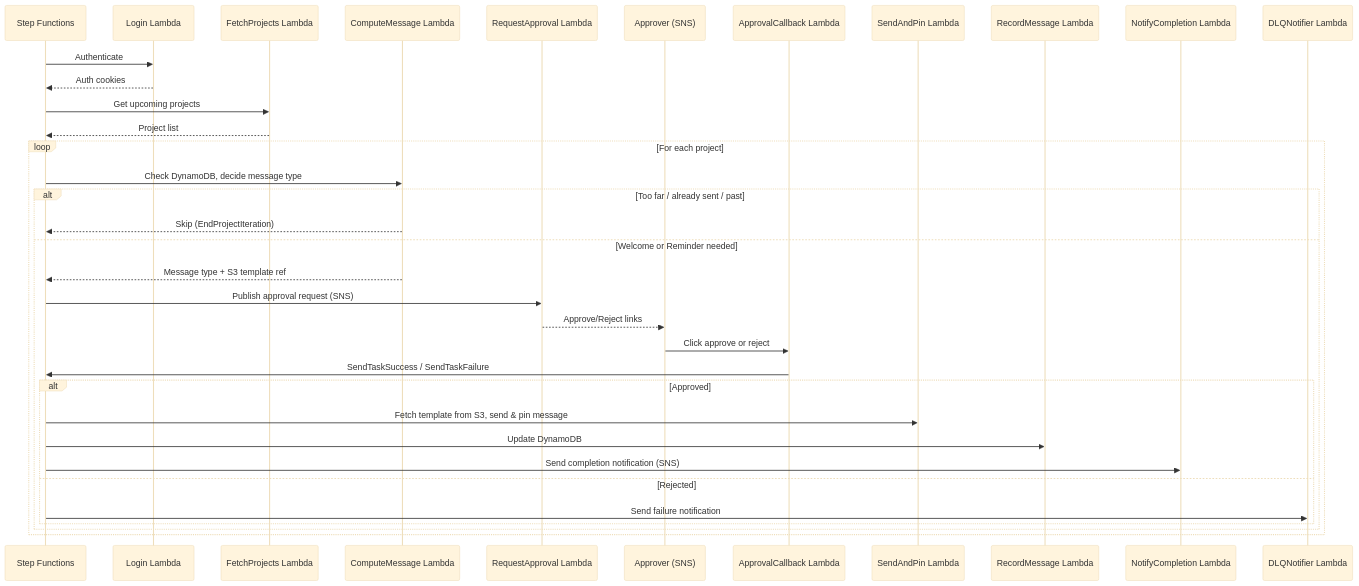
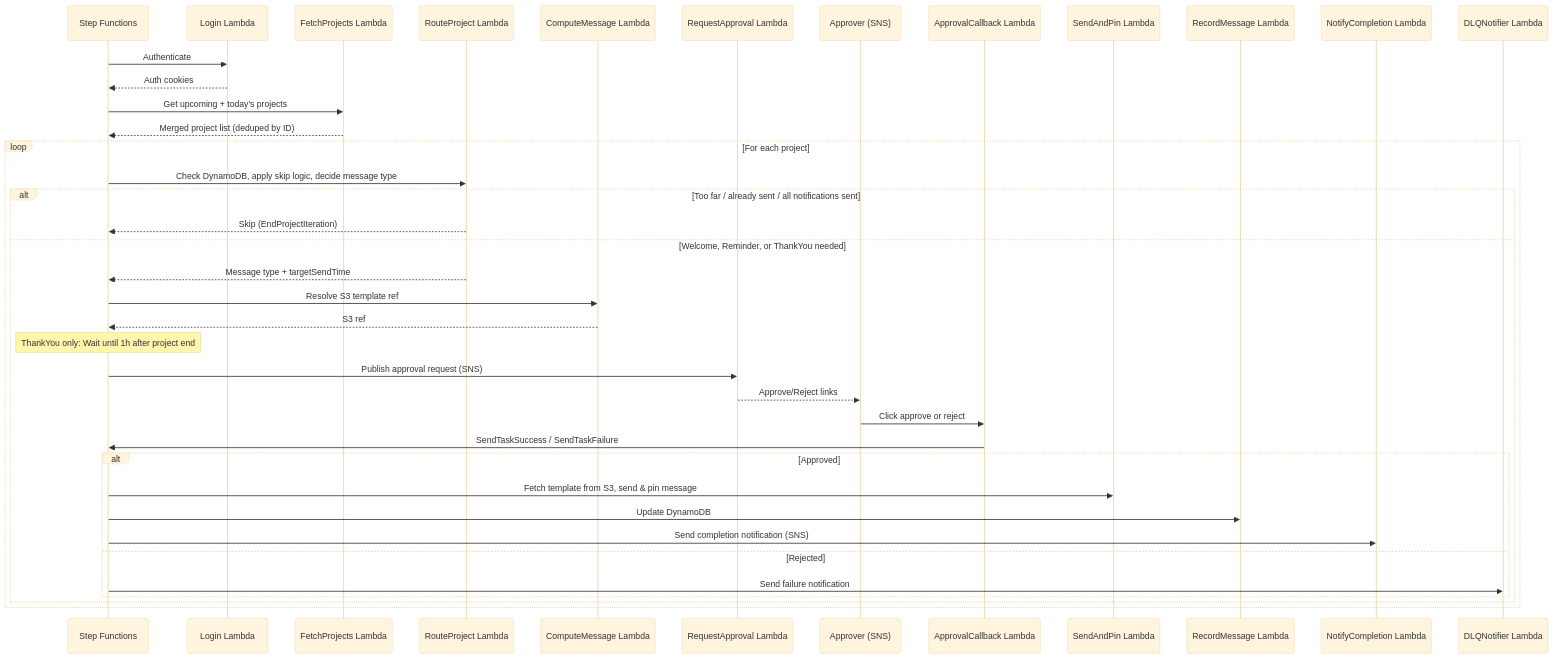
The diagram in README.md (Bouzomgi/nycares-project-welcomer), drawn with Mermaid (base theme) before and after one commit. The commit also changed other lines of this file and 34 other files, not shown here.

First line of the commit message:
feat: send thank-you message 1 hour after project ends (#44)

````diff
--- a/README.md
+++ b/README.md
@@ -9,42 +9,46 @@
 ```mermaid
 sequenceDiagram
     participant SF as Step Functions
     participant Login as Login Lambda
     participant Fetch as FetchProjects Lambda
+    participant RouteProject as RouteProject Lambda
     participant Compute as ComputeMessage Lambda
     participant Request as RequestApproval Lambda
     participant User as Approver (SNS)
     participant Callback as ApprovalCallback Lambda
     participant Send as SendAndPin Lambda
     participant Record as RecordMessage Lambda
     participant Notify as NotifyCompletion Lambda
     participant DLQ as DLQNotifier Lambda
 
     SF->>Login: Authenticate
     Login-->>SF: Auth cookies
 
-    SF->>Fetch: Get upcoming projects
-    Fetch-->>SF: Project list
+    SF->>Fetch: Get upcoming + today's projects
+    Fetch-->>SF: Merged project list (deduped by ID)
 
     loop For each project
-        SF->>Compute: Check DynamoDB, decide message type
-        alt Too far / already sent / past
-            Compute-->>SF: Skip (EndProjectIteration)
-        else Welcome or Reminder needed
-            Compute-->>SF: Message type + S3 template ref
+        SF->>RouteProject: Check DynamoDB, apply skip logic, decide message type
+        alt Too far / already sent / all notifications sent
+            RouteProject-->>SF: Skip (EndProjectIteration)
+        else Welcome, Reminder, or ThankYou needed
+            RouteProject-->>SF: Message type + targetSendTime
+            SF->>Compute: Resolve S3 template ref
+            Compute-->>SF: S3 ref
 
+            note over SF: ThankYou only: Wait until 1h after project end
             SF->>Request: Publish approval request (SNS)
             Request-->>User: Approve/Reject links
             User->>Callback: Click approve or reject
             Callback->>SF: SendTaskSuccess / SendTaskFailure
 
             alt Approved
                 SF->>Send: Fetch template from S3, send & pin message
                 SF->>Record: Update DynamoDB
                 SF->>Notify: Send completion notification (SNS)
             else Rejected
                 SF->>DLQ: Send failure notification
             end
         end
     end
 ```
````
